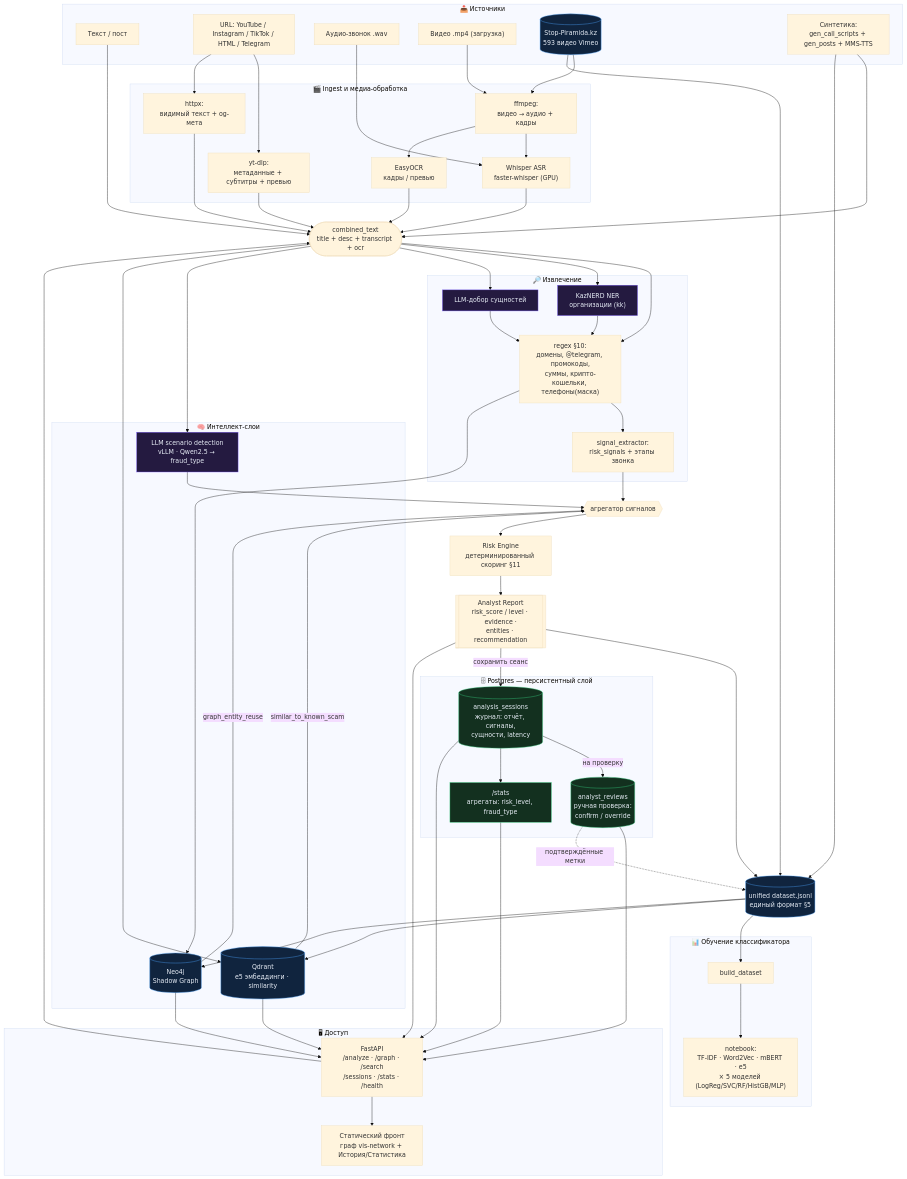
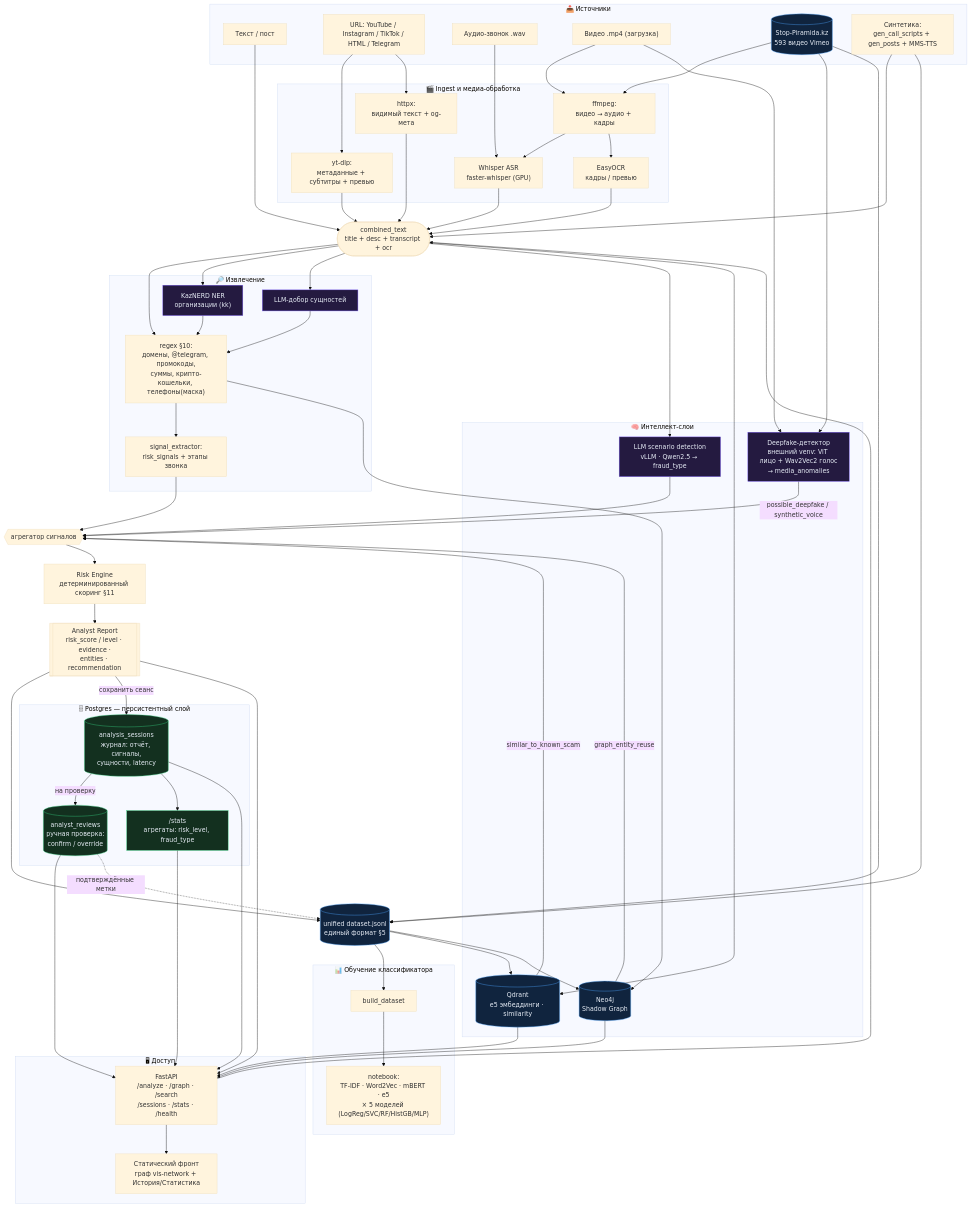
Before and after one commit to teshebayev/ai_media_watch: the diagram in docs/pipeline.md, drawn with Mermaid (base theme). The commit also changed other lines of this file and 9 other files, not shown here.

First line of the commit message:
Интеграция deepfake-детектора (кейс 9, видео)

````diff
--- a/docs/pipeline.md
+++ b/docs/pipeline.md
@@ -36,6 +36,7 @@
         LLM["LLM scenario detection<br/>vLLM · Qwen2.5 → fraud_type"]
         QD[("Qdrant<br/>e5 эмбеддинги · similarity")]
         NEO[("Neo4j<br/>Shadow Graph")]
+        DFK["Deepfake-детектор<br/>внешний venv: ViT лицо + Wav2Vec2 голос<br/>→ media_anomalies"]
     end
 
     %% ---------- Скоринг ----------
@@ -91,6 +92,11 @@
     CT --> QD
     RE --> NEO
 
+    %% ---- deepfake-детектор (видео-файл, /analyze/video и url deep) ----
+    VID --> DFK
+    SP --> DFK
+    DFK -- "possible_deepfake / synthetic_voice" --> SAGG
+
     %% ---- сигналы → скоринг ----
     SIG --> SAGG
     LLM --> SAGG
@@ -126,6 +132,6 @@
     classDef llm fill:#241a40,stroke:#7c5cff,color:#e6ecf5;
     classDef pg fill:#13301f,stroke:#35d07f,color:#e6ecf5;
     class SP,QD,NEO,DS store;
-    class LLM,LLME,NER llm;
+    class LLM,LLME,NER,DFK llm;
     class PG,RV,ST pg;
 ```
````
